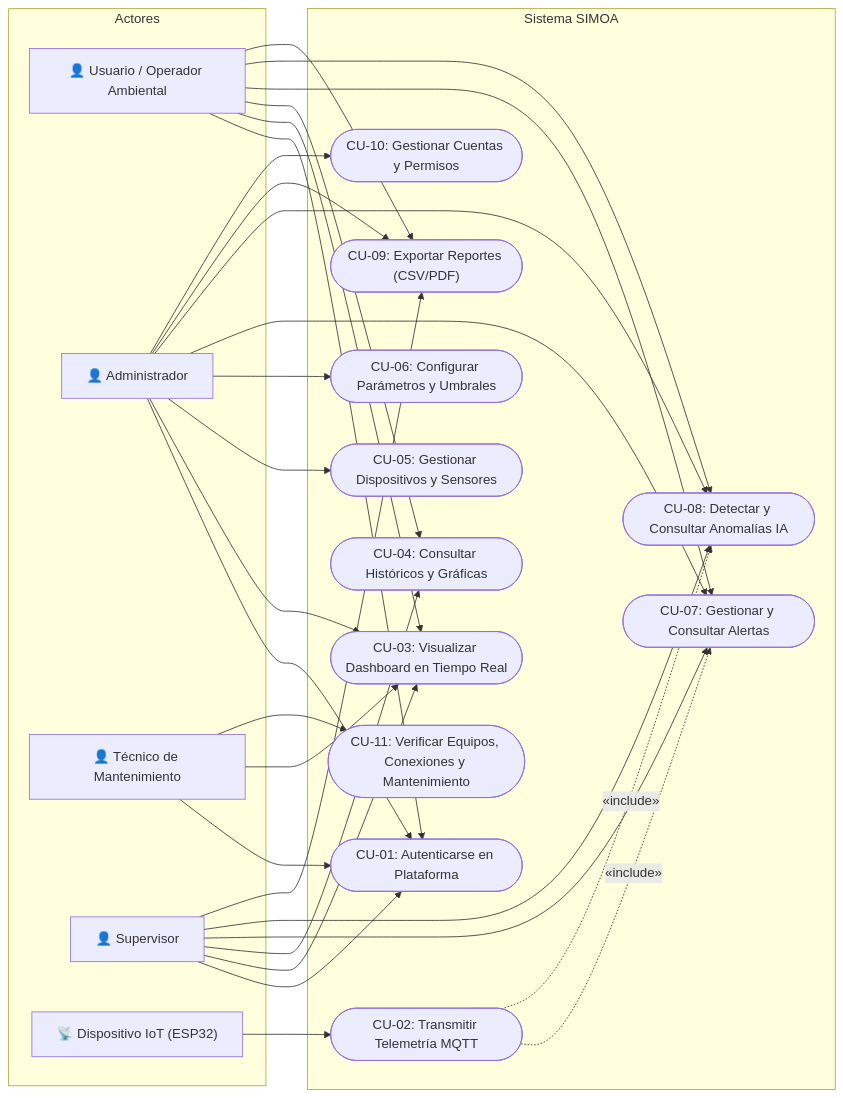
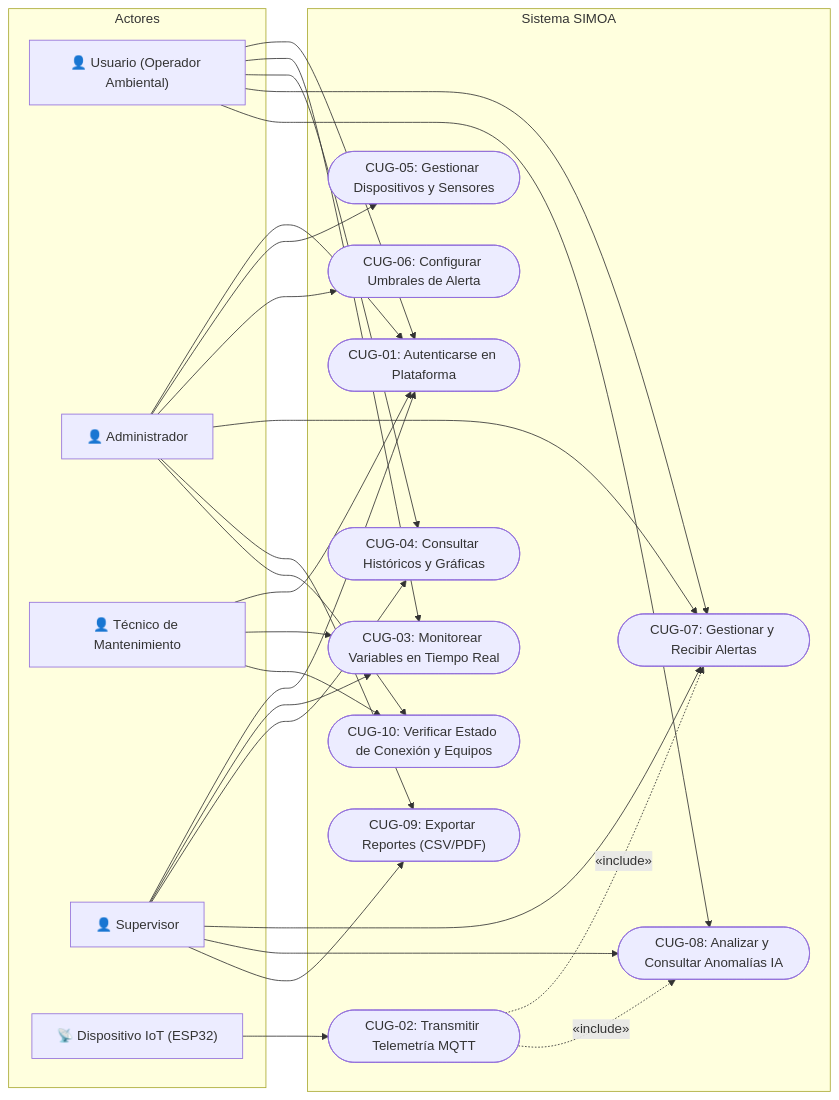
One commit to LuzElianaSanchezTovar666/Sistema_oit_de_monitoreo_ambiental changed the first of 17 diagrams in docs/SRS_SIMOA.md. Above: the diagram before and after it, drawn with Mermaid. The commit also changed other lines of this file, not shown here.

````diff
--- a/docs/SRS_SIMOA.md
+++ b/docs/SRS_SIMOA.md
@@ -225,55 +225,51 @@
 ```mermaid
 flowchart LR
     subgraph Actores
-        Usuario["👤 Usuario / Operador Ambiental"]
+        Usuario["👤 Usuario (Operador Ambiental)"]
         Admin["👤 Administrador"]
         Tecnico["👤 Técnico de Mantenimiento"]
         Supervisor["👤 Supervisor"]
         ESP32Node["📡 Dispositivo IoT (ESP32)"]
     end
 
     subgraph "Sistema SIMOA"
-        CU01(["CU-01: Autenticarse en Plataforma"])
-        CU02(["CU-02: Transmitir Telemetría MQTT"])
-        CU03(["CU-03: Visualizar Dashboard en Tiempo Real"])
-        CU04(["CU-04: Consultar Históricos y Gráficas"])
-        CU05(["CU-05: Gestionar Dispositivos y Sensores"])
-        CU06(["CU-06: Configurar Parámetros y Umbrales"])
-        CU07(["CU-07: Gestionar y Consultar Alertas"])
-        CU08(["CU-08: Detectar y Consultar Anomalías IA"])
-        CU09(["CU-09: Exportar Reportes (CSV/PDF)"])
-        CU10(["CU-10: Gestionar Cuentas y Permisos"])
-        CU11(["CU-11: Verificar Equipos, Conexiones y Mantenimiento"])
+        CUG01(["CUG-01: Autenticarse en Plataforma"])
+        CUG02(["CUG-02: Transmitir Telemetría MQTT"])
+        CUG03(["CUG-03: Monitorear Variables en Tiempo Real"])
+        CUG04(["CUG-04: Consultar Históricos y Gráficas"])
+        CUG05(["CUG-05: Gestionar Dispositivos y Sensores"])
+        CUG06(["CUG-06: Configurar Umbrales de Alerta"])
+        CUG07(["CUG-07: Gestionar y Recibir Alertas"])
+        CUG08(["CUG-08: Analizar y Consultar Anomalías IA"])
+        CUG09(["CUG-09: Exportar Reportes (CSV/PDF)"])
+        CUG10(["CUG-10: Verificar Estado de Conexión y Equipos"])
     end
 
-    ESP32Node --> CU02
-    CU02 -.->|«include»| CU07
-    CU02 -.->|«include»| CU08
+    ESP32Node --> CUG02
+    CUG02 -.->|«include»| CUG07
+    CUG02 -.->|«include»| CUG08
 
-    Usuario --> CU01
-    Usuario --> CU03
-    Usuario --> CU04
-    Usuario --> CU07
-    Usuario --> CU08
-    Usuario --> CU09
+    Usuario --> CUG01
+    Usuario --> CUG03
+    Usuario --> CUG04
+    Usuario --> CUG07
+    Usuario --> CUG08
 
-    Admin --> CU01
-    Admin --> CU03
-    Admin --> CU05
-    Admin --> CU06
-    Admin --> CU07
-    Admin --> CU08
-    Admin --> CU09
-    Admin --> CU10
+    Admin --> CUG01
+    Admin --> CUG05
+    Admin --> CUG06
+    Admin --> CUG07
+    Admin --> CUG09
+    Admin --> CUG10
 
-    Tecnico --> CU01
-    Tecnico --> CU03
-    Tecnico --> CU11
+    Tecnico --> CUG01
+    Tecnico --> CUG03
+    Tecnico --> CUG10
 
-    Supervisor --> CU01
-    Supervisor --> CU03
-    Supervisor --> CU04
-    Supervisor --> CU07
-    Supervisor --> CU08
-    Supervisor --> CU09
+    Supervisor --> CUG01
+    Supervisor --> CUG03
+    Supervisor --> CUG04
+    Supervisor --> CUG07
+    Supervisor --> CUG08
+    Supervisor --> CUG09
 ```
````
